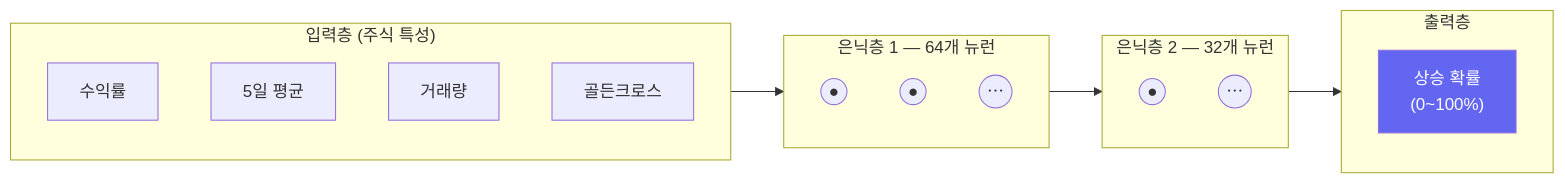
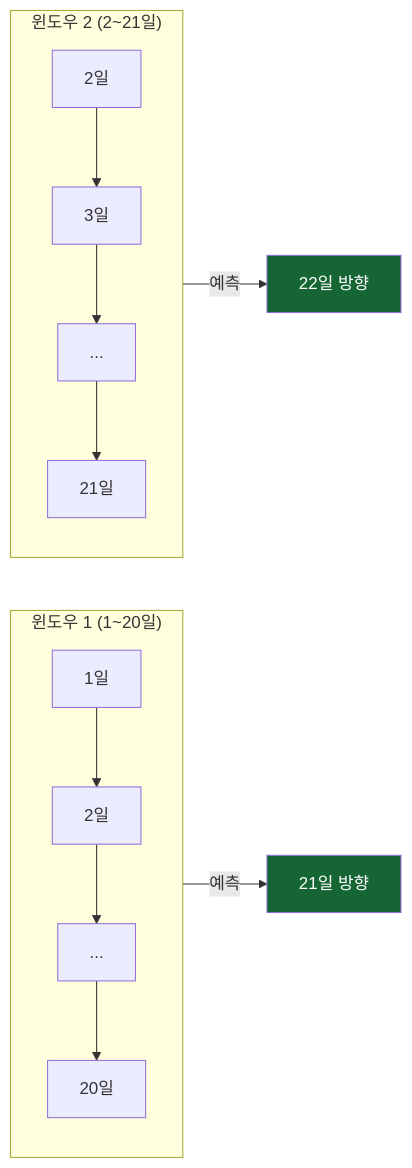
The second of 2 diagrams in docs/21.md (edumgt/python-ai-basic-lab), drawn with Mermaid before and after one commit. The commit also changed other lines of this file and 7 other files, not shown here.

````diff
--- a/docs/21.md
+++ b/docs/21.md
@@ -24,23 +71,13 @@
 ```mermaid
 graph LR
-    subgraph IN["입력층 (주식 특성)"]
-        I1["수익률"]
-        I2["5일 평균"]
-        I3["거래량"]
-        I4["골든크로스"]
+    subgraph W1["윈도우 1 (1~20일)"]
+        A1["1일"] --> A2["2일"] --> AN["..."] --> A20["20일"]
     end
-    subgraph H1["은닉층 1 — 64개 뉴런"]
-        N1(("●"))
-        N2(("●"))
-        N3(("⋯"))
+    subgraph W2["윈도우 2 (2~21일)"]
+        B1["2일"] --> B2["3일"] --> BN["..."] --> B21["21일"]
     end
-    subgraph H2["은닉층 2 — 32개 뉴런"]
-        N4(("●"))
-        N5(("⋯"))
-    end
-    subgraph OUT["출력층"]
-        O["상승 확률\n(0~100%)"]
-    end
-    IN --> H1 --> H2 --> OUT
-    style O fill:#6366f1,color:#fff
+    W1 -->|"예측"| P1["21일 방향"]
+    W2 -->|"예측"| P2["22일 방향"]
+    style P1 fill:#166534,color:#fff
+    style P2 fill:#166534,color:#fff
 ```
````
